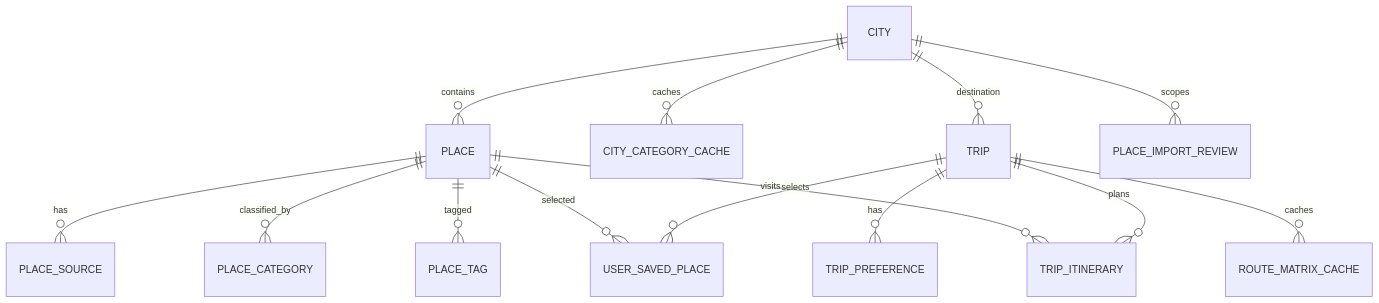
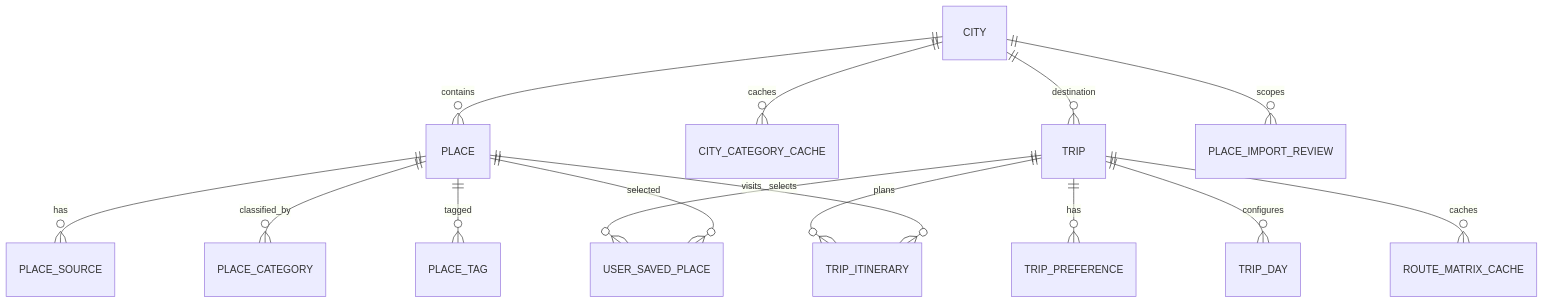
The diagram in docs/DATA_MODEL.md (rohanxgiri/yatra_canvas), drawn with Mermaid before and after one commit. The commit also changed other lines of this file and 14 other files, not shown here.

Commit message:
feat(trip): implement TripDay foundation, APIs, safe date reconciliation, and migrations

````diff
--- a/docs/DATA_MODEL.md
+++ b/docs/DATA_MODEL.md
@@ -11,16 +11,17 @@
 ```mermaid
 erDiagram
     CITY ||--o{ PLACE : contains
     CITY ||--o{ CITY_CATEGORY_CACHE : caches
     CITY ||--o{ TRIP : destination
     CITY ||--o{ PLACE_IMPORT_REVIEW : scopes
     PLACE ||--o{ PLACE_SOURCE : has
     PLACE ||--o{ PLACE_CATEGORY : classified_by
     PLACE ||--o{ PLACE_TAG : tagged
     TRIP ||--o{ TRIP_PREFERENCE : has
+    TRIP ||--o{ TRIP_DAY : configures
     TRIP ||--o{ USER_SAVED_PLACE : selects
     PLACE ||--o{ USER_SAVED_PLACE : selected
     TRIP ||--o{ ROUTE_MATRIX_CACHE : caches
     TRIP ||--o{ TRIP_ITINERARY : plans
     PLACE ||--o{ TRIP_ITINERARY : visits
 ```
````
